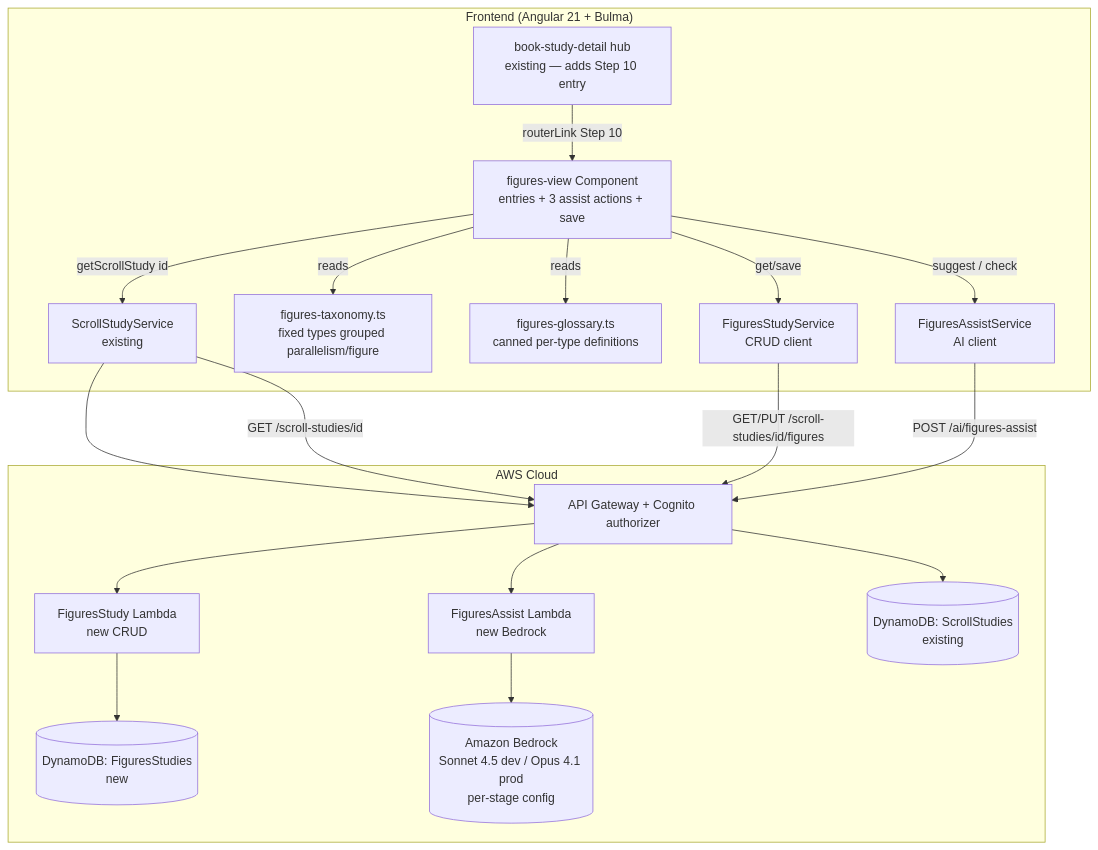
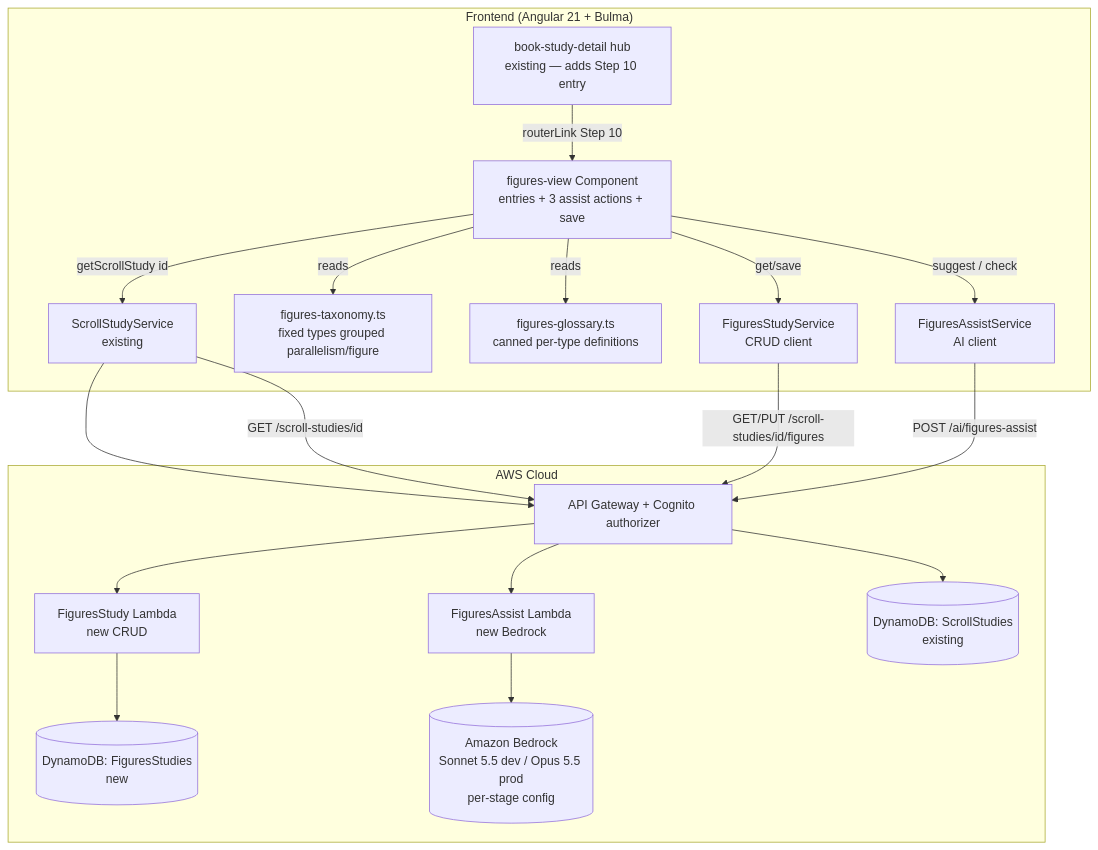
Before and after one commit to trsam1/sbs-assist: the first of 2 diagrams in .kiro/specs/identify-figures-of-speech/design.md, drawn with Mermaid. The commit also changed other lines of this file and 1 other file, not shown here.

````diff
--- a/.kiro/specs/identify-figures-of-speech/design.md
+++ b/.kiro/specs/identify-figures-of-speech/design.md
@@ -46,29 +46,29 @@
 ```mermaid
 graph TD
     subgraph Frontend ["Frontend (Angular 21 + Bulma)"]
         FV[figures-view Component<br/>entries + 3 assist actions + save]
         FT[figures-taxonomy.ts<br/>fixed types grouped parallelism/figure]
         FG[figures-glossary.ts<br/>canned per-type definitions]
         FSVC[FiguresStudyService<br/>CRUD client]
         FASVC[FiguresAssistService<br/>AI client]
         SCR[ScrollStudyService<br/>existing]
         HUB[book-study-detail hub<br/>existing — adds Step 10 entry]
     end
 
     subgraph AWS ["AWS Cloud"]
         APIGW[API Gateway + Cognito authorizer]
         FigFn[FiguresStudy Lambda<br/>new CRUD]
         AssistFn[FiguresAssist Lambda<br/>new Bedrock]
-        Bedrock[(Amazon Bedrock<br/>Sonnet 4.5 dev / Opus 4.1 prod<br/>per-stage config)]
+        Bedrock[(Amazon Bedrock<br/>Sonnet 5.5 dev / Opus 5.5 prod<br/>per-stage config)]
         DDBS[(DynamoDB: ScrollStudies<br/>existing)]
         DDBF[(DynamoDB: FiguresStudies<br/>new)]
     end
 
     HUB -->|routerLink Step 10| FV
     FV -->|getScrollStudy id| SCR --> APIGW
     FV -->|reads| FT
     FV -->|reads| FG
     FV -->|get/save| FSVC -->|GET/PUT /scroll-studies/id/figures| APIGW --> FigFn --> DDBF
     FV -->|suggest / check| FASVC -->|POST /ai/figures-assist| APIGW --> AssistFn --> Bedrock
     SCR -->|GET /scroll-studies/id| APIGW --> DDBS
 ```
````
